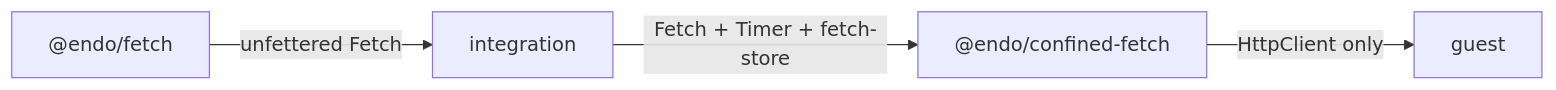
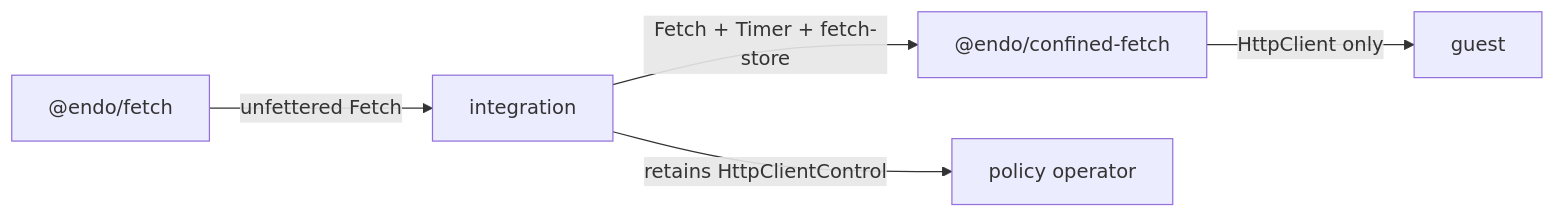
Before and after one commit to endojs/endo-but-for-bots: the diagram in packages/fetch/README.md, drawn with Mermaid. The commit also changed other lines of this file and 1 other file, not shown here.

````diff
--- a/packages/fetch/README.md
+++ b/packages/fetch/README.md
@@ -14,6 +14,7 @@
 ```mermaid
 flowchart LR
     U["@endo/fetch"] -->|unfettered Fetch| I[integration]
     I -->|Fetch + Timer + fetch-store| C["@endo/confined-fetch"]
     C -->|HttpClient only| G[guest]
+    I -->|retains HttpClientControl| H[policy operator]
 ```
````
